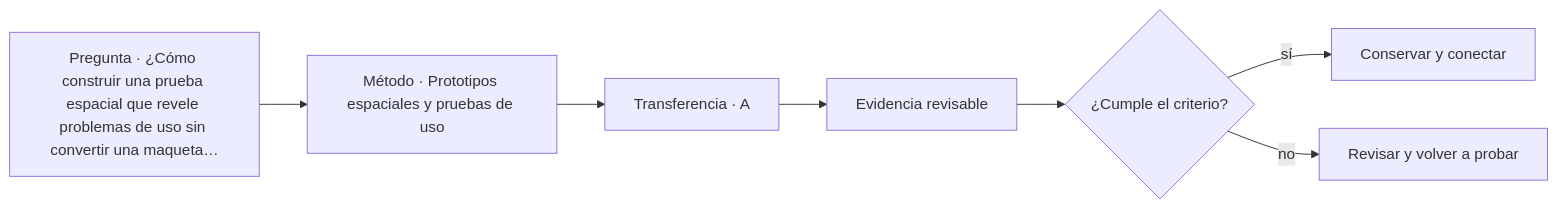
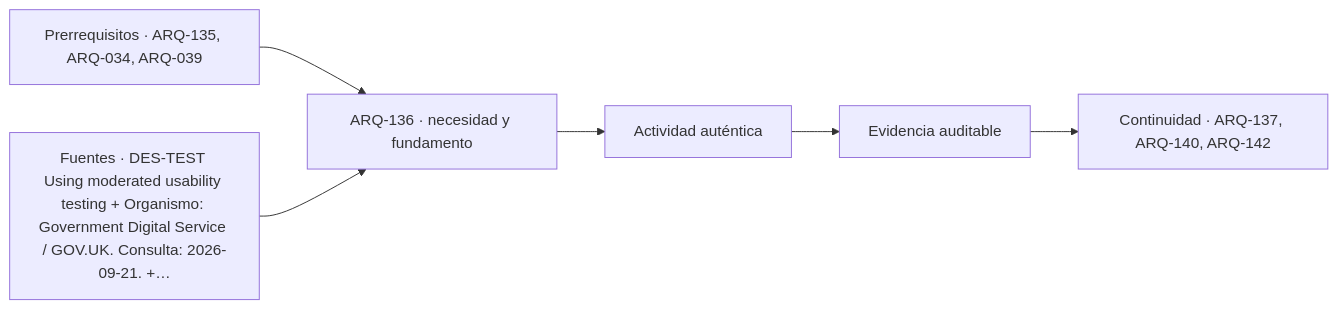
Before and after one commit to vladimiracunadev-create/architecture-built-environment-learning-program: the diagram in classes/parte-14/ARQ-136.md, drawn with Mermaid. The commit also changed other lines of this file and 761 other files, not shown here.

````diff
--- a/classes/parte-14/ARQ-136.md
+++ b/classes/parte-14/ARQ-136.md
@@ -170,9 +182,8 @@
 ```mermaid
 flowchart LR
-    Q["Pregunta · ¿Cómo construir una prueba espacial que revele problemas de uso sin convertir una maqueta…"] --> M["Método · Prototipos espaciales y pruebas de uso"]
-    M --> P["Transferencia · A"]
-    P --> E["Evidencia revisable"]
-    E --> C{"¿Cumple el criterio?"}
-    C -->|sí| T["Conservar y conectar"]
-    C -->|no| R["Revisar y volver a probar"]
+    A["Prerrequisitos · ARQ-135, ARQ-034, ARQ-039"] --> B["ARQ-136 · necesidad y fundamento"]
+    S["Fuentes · DES-TEST Using moderated usability testing + Organismo: Government Digital Service / GOV.UK. Consulta: 2026-09-21. +…"] --> B
+    B --> C["Actividad auténtica"]
+    C --> D["Evidencia auditable"]
+    D --> E["Continuidad · ARQ-137, ARQ-140, ARQ-142"]
 ```
````
